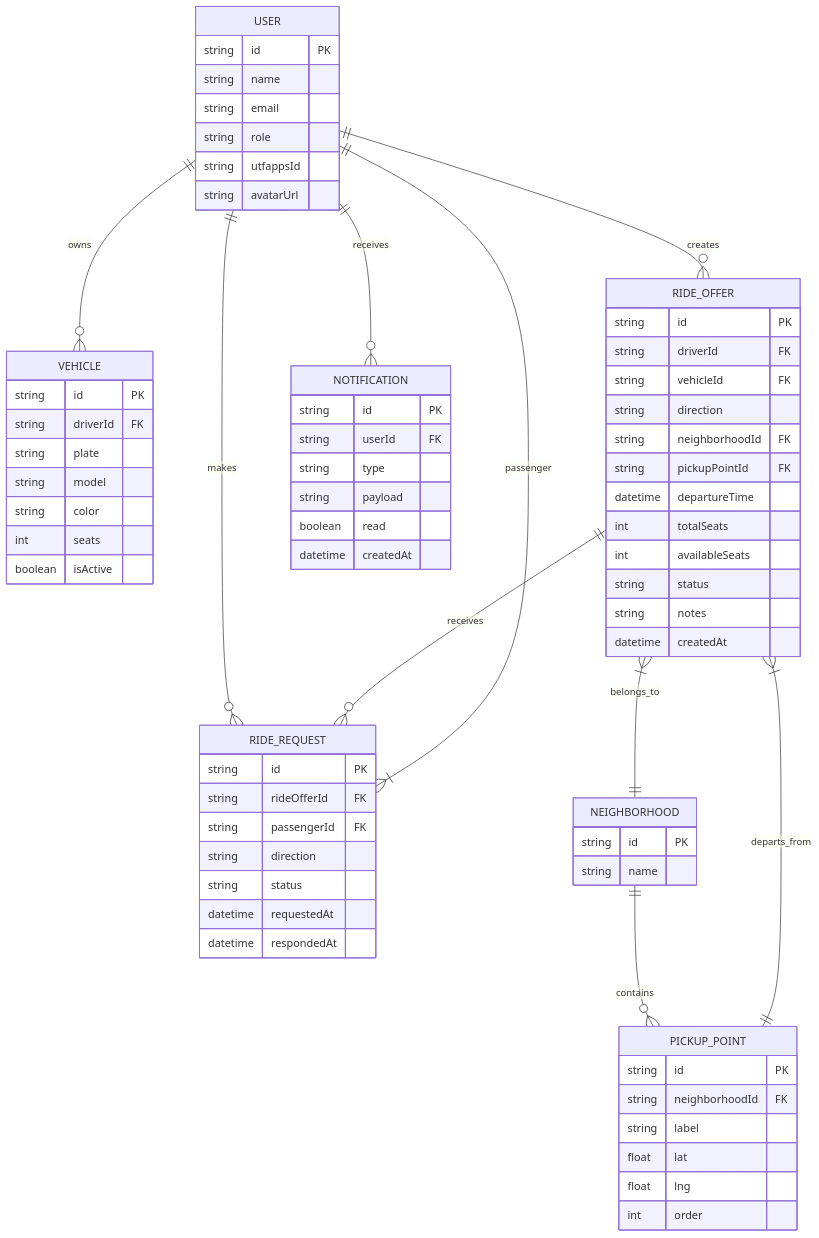
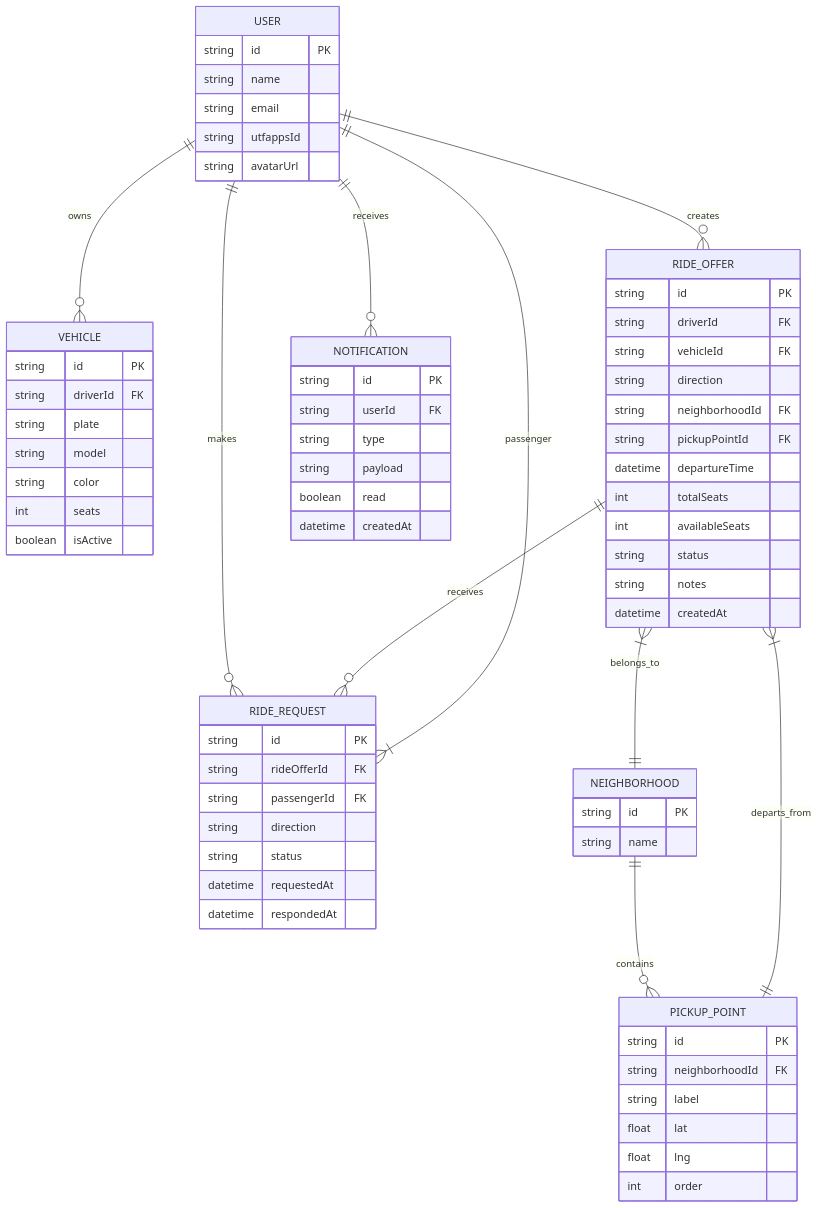
One commit to gabrielbucz/munte_app changed the diagram in docs/architecture.md. Above: the diagram before and after it, drawn with Mermaid. The commit also changed other lines of this file and 2 other files, not shown here.

````diff
--- a/docs/architecture.md
+++ b/docs/architecture.md
@@ -102,72 +102,71 @@
 ```mermaid
 erDiagram
     USER ||--o{ VEHICLE : owns
     USER ||--o{ RIDE_OFFER : creates
     USER ||--o{ RIDE_REQUEST : makes
     USER ||--o{ NOTIFICATION : receives
     USER {
         string id PK
         string name
         string email
-        string role
         string utfappsId
         string avatarUrl
     }
     VEHICLE {
         string id PK
         string driverId FK
         string plate
         string model
         string color
         int seats
         boolean isActive
     }
     RIDE_OFFER ||--o{ RIDE_REQUEST : receives
     RIDE_OFFER {
         string id PK
         string driverId FK
         string vehicleId FK
         string direction
         string neighborhoodId FK
         string pickupPointId FK
         datetime departureTime
         int totalSeats
         int availableSeats
         string status
         string notes
         datetime createdAt
     }
     RIDE_REQUEST {
         string id PK
         string rideOfferId FK
         string passengerId FK
         string direction
         string status
         datetime requestedAt
         datetime respondedAt
     }
     NEIGHBORHOOD ||--o{ PICKUP_POINT : contains
     NEIGHBORHOOD {
         string id PK
         string name
     }
     PICKUP_POINT {
         string id PK
         string neighborhoodId FK
         string label
         float lat
         float lng
         int order
     }
     NOTIFICATION {
         string id PK
         string userId FK
         string type
         string payload
         boolean read
         datetime createdAt
     }
     RIDE_OFFER }|--|| NEIGHBORHOOD : belongs_to
     RIDE_OFFER }|--|| PICKUP_POINT : departs_from
     RIDE_REQUEST }|--|| USER : passenger
 ```
````
